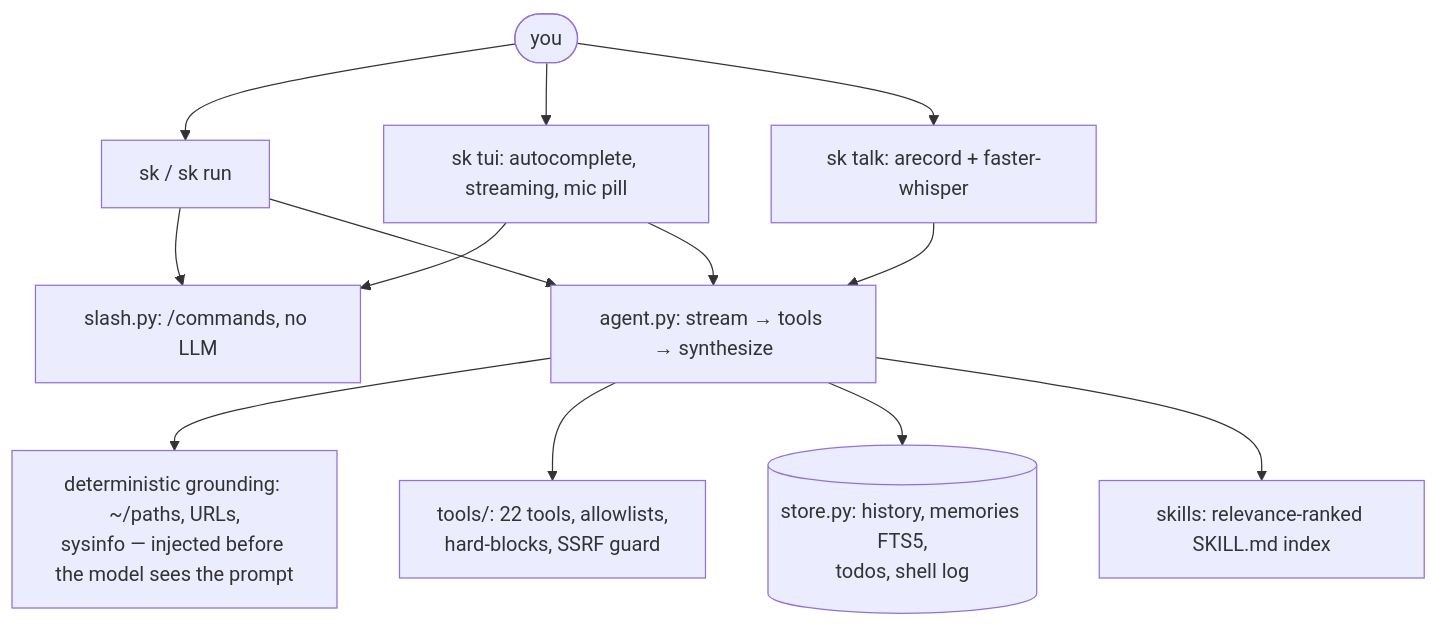
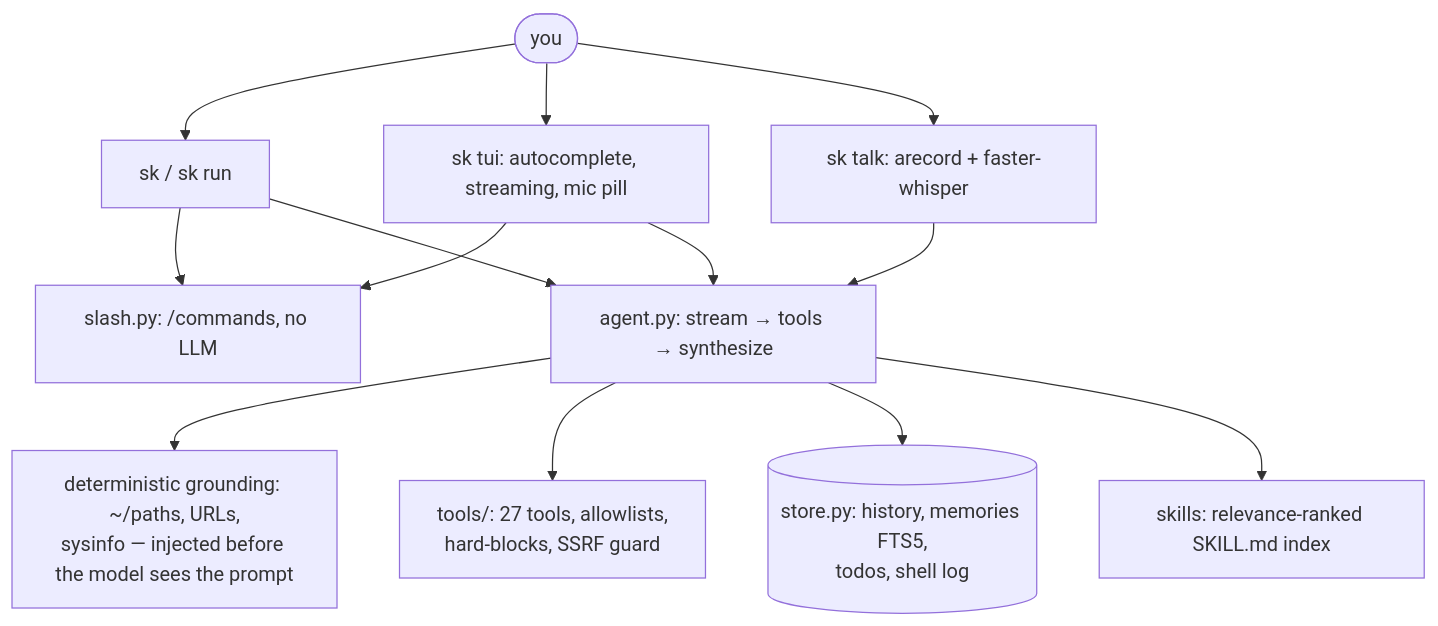
One commit to Faisal-Fayaz/sidekick changed the diagram in README.md. Above: the diagram before and after it, drawn with Mermaid. The commit also changed other lines of this file and 11 other files, not shown here.

````diff
--- a/README.md
+++ b/README.md
@@ -321,15 +327,15 @@
 ```mermaid
 flowchart TB
     U([you]) --> CLI[sk / sk run]
     U --> TUI[sk tui: autocomplete, streaming, mic pill]
     U --> VOICE[sk talk: arecord + faster-whisper]
     CLI --> SLASH[slash.py: /commands, no LLM]
     TUI --> SLASH
     VOICE --> AGENT
     CLI --> AGENT[agent.py: stream → tools → synthesize]
     TUI --> AGENT
     AGENT --> GROUND[deterministic grounding: ~/paths, URLs,\nsysinfo — injected before the model sees the prompt]
-    AGENT --> TOOLS[tools/: 22 tools, allowlists,\nhard-blocks, SSRF guard]
+    AGENT --> TOOLS[tools/: 27 tools, allowlists,\nhard-blocks, SSRF guard]
     AGENT --> MEM[(store.py: history, memories FTS5,\ntodos, shell log)]
     AGENT --> SKILLS[skills: relevance-ranked SKILL.md index]
 ```
````
